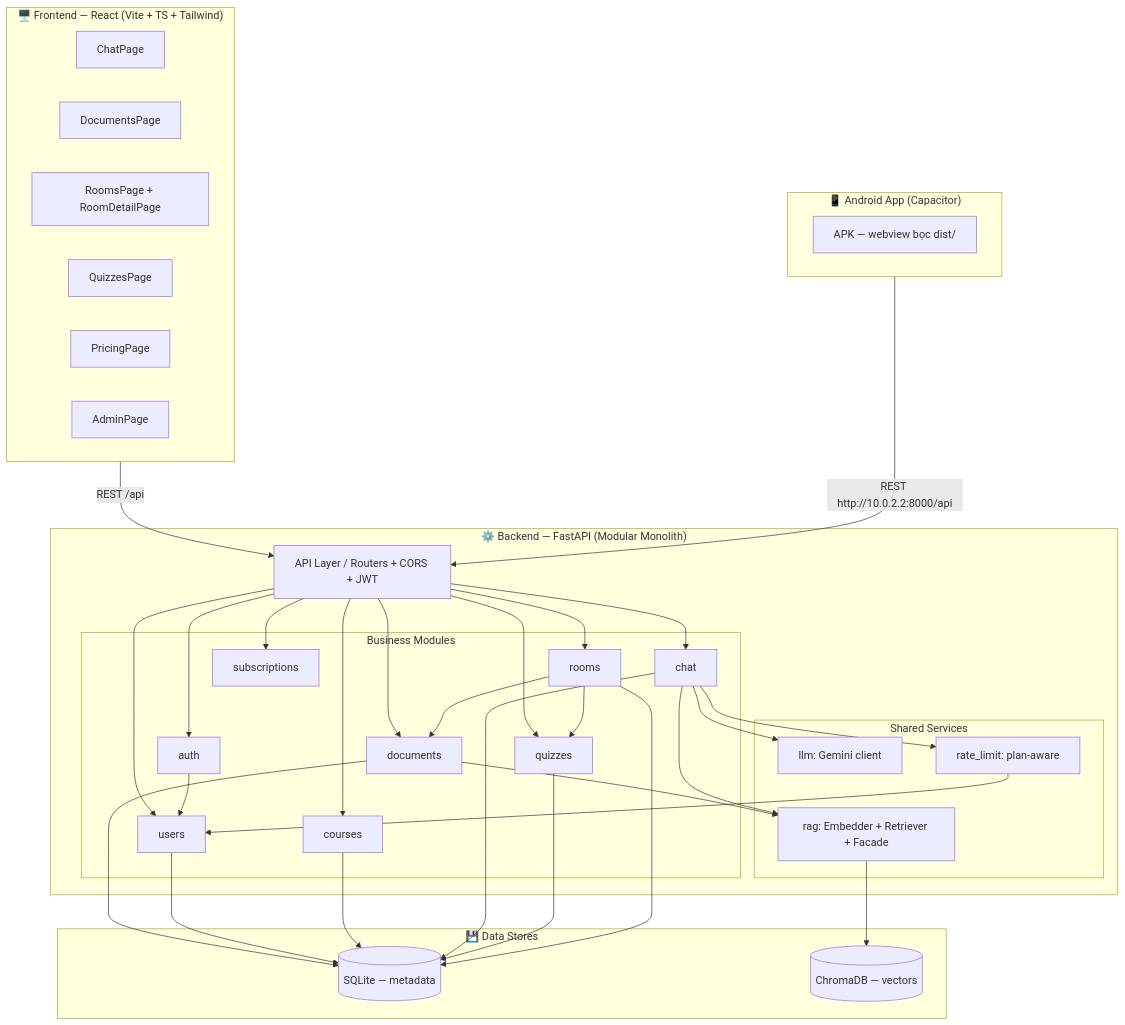
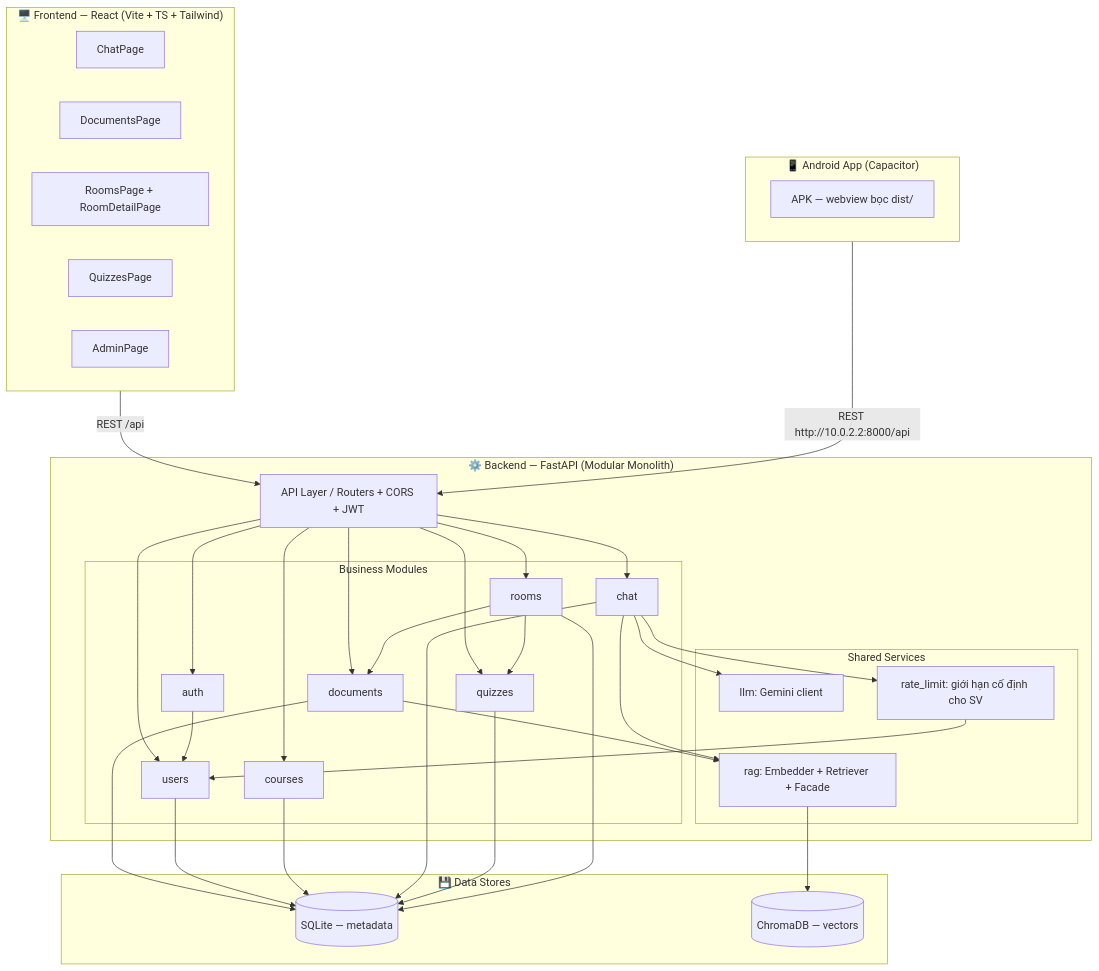
Before and after one commit to Scobydoo1/swd: the seventh of 9 diagrams in readme.md, drawn with Mermaid. The commit also changed other lines of this file and 27 other files, not shown here.

````diff
--- a/readme.md
+++ b/readme.md
@@ -364,55 +343,53 @@
 ```mermaid
 graph TB
     subgraph Client["🖥️ Frontend — React (Vite + TS + Tailwind)"]
         CP[ChatPage]
         DP[DocumentsPage]
         RP[RoomsPage + RoomDetailPage]
         QP[QuizzesPage]
-        PP[PricingPage]
         AP[AdminPage]
     end
 
     subgraph Android["📱 Android App (Capacitor)"]
         APK[APK — webview bọc dist/]
     end
 
     subgraph Backend["⚙️ Backend — FastAPI (Modular Monolith)"]
         API[API Layer / Routers + CORS + JWT]
 
         subgraph Modules["Business Modules"]
             AUTH[auth]
             USERS[users]
             DOCS[documents]
             COURSES[courses]
             CHAT[chat]
             QUIZ[quizzes]
             ROOMS[rooms]
-            SUB[subscriptions]
         end
 
         subgraph Shared["Shared Services"]
             RAG[rag: Embedder + Retriever + Facade]
             LLMW[llm: Gemini client]
-            RL[rate_limit: plan-aware]
+            RL[rate_limit: giới hạn cố định cho SV]
         end
     end
 
     subgraph Data["💾 Data Stores"]
         SQLITE[(SQLite — metadata)]
         CHROMA[(ChromaDB — vectors)]
     end
 
     Client -->|REST /api| API
     Android -->|REST http://10.0.2.2:8000/api| API
-    API --> AUTH & USERS & DOCS & COURSES & CHAT & QUIZ & ROOMS & SUB
+    API --> AUTH & USERS & DOCS & COURSES & CHAT & QUIZ & ROOMS
     DOCS --> RAG
     CHAT --> RAG
     CHAT --> LLMW
     CHAT --> RL
     RL --> USERS
     AUTH --> USERS
     ROOMS --> QUIZ
     ROOMS --> DOCS
     DOCS & USERS & COURSES & CHAT & QUIZ & ROOMS --> SQLITE
     RAG --> CHROMA
 ```
````
